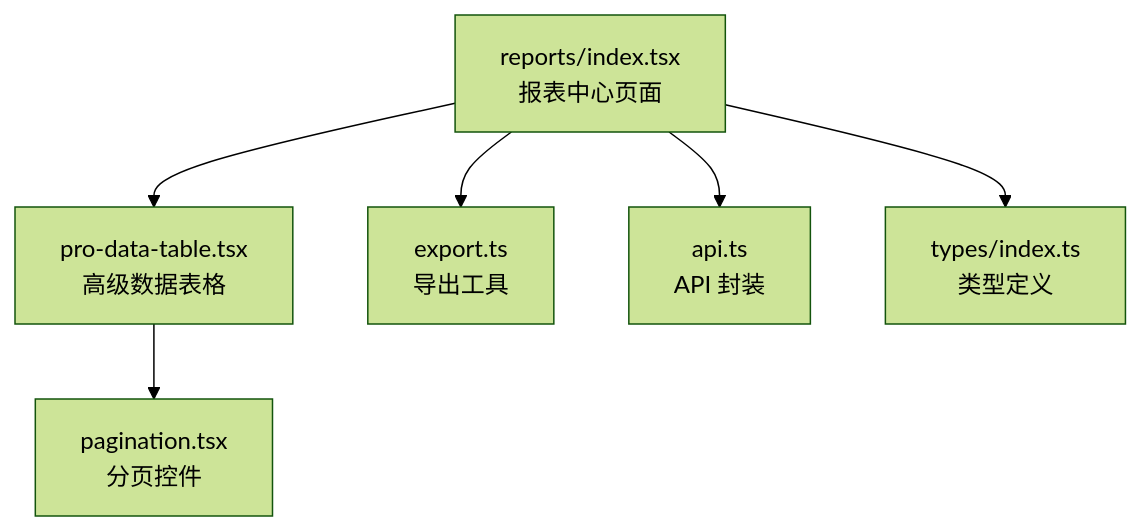
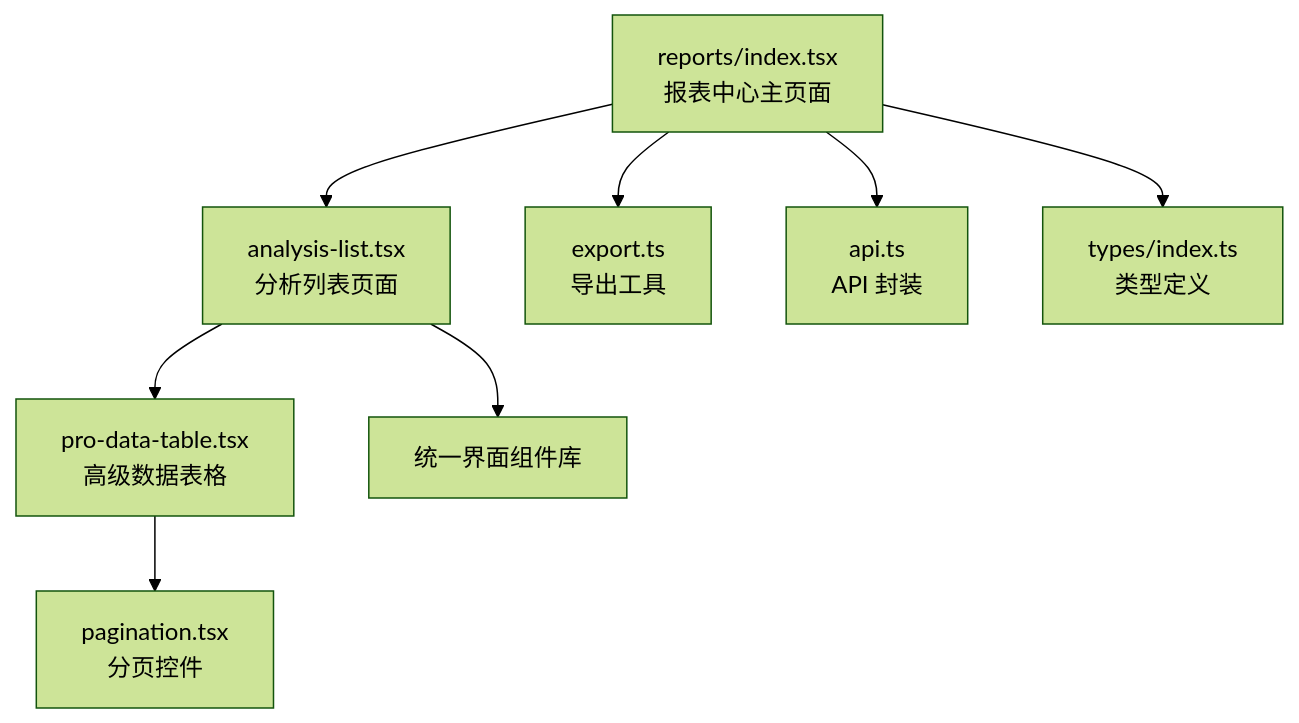
One commit to Damao997/newproject changed the first of 3 diagrams in .qoder/repowiki/zh/content/页面组件/报表中心页面.md. Above: the diagram before and after it, drawn with Mermaid (forest theme). The commit also changed other lines of this file and 40 other files, not shown here.

First line of the commit message:
feat(dashboard/inventory): 仪表板与存货模块真实数据接入及图表卡片拆分

````diff
--- a/.qoder/repowiki/zh/content/页面组件/报表中心页面.md
+++ b/.qoder/repowiki/zh/content/页面组件/报表中心页面.md
@@ -43,8 +53,10 @@
 ```mermaid
 graph TB
-A["reports/index.tsx<br/>报表中心页面"] --> B["pro-data-table.tsx<br/>高级数据表格"]
-B --> C["pagination.tsx<br/>分页控件"]
-A --> D["export.ts<br/>导出工具"]
-A --> E["api.ts<br/>API 封装"]
-A --> F["types/index.ts<br/>类型定义"]
+A["reports/index.tsx<br/>报表中心主页面"] --> B["analysis-list.tsx<br/>分析列表页面"]
+B --> C["pro-data-table.tsx<br/>高级数据表格"]
+C --> D["pagination.tsx<br/>分页控件"]
+A --> E["export.ts<br/>导出工具"]
+A --> F["api.ts<br/>API 封装"]
+A --> G["types/index.ts<br/>类型定义"]
+B --> H["统一界面组件库"]
 ```
````
